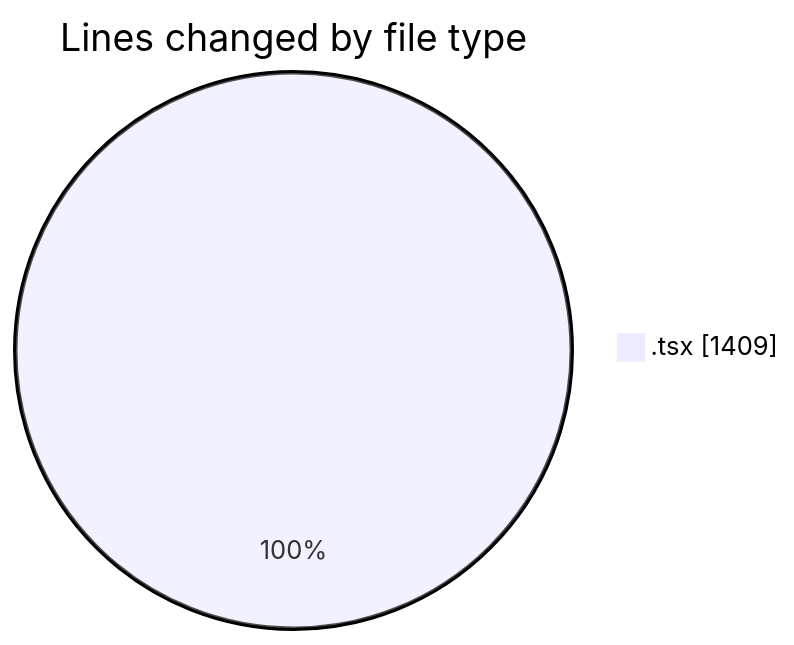
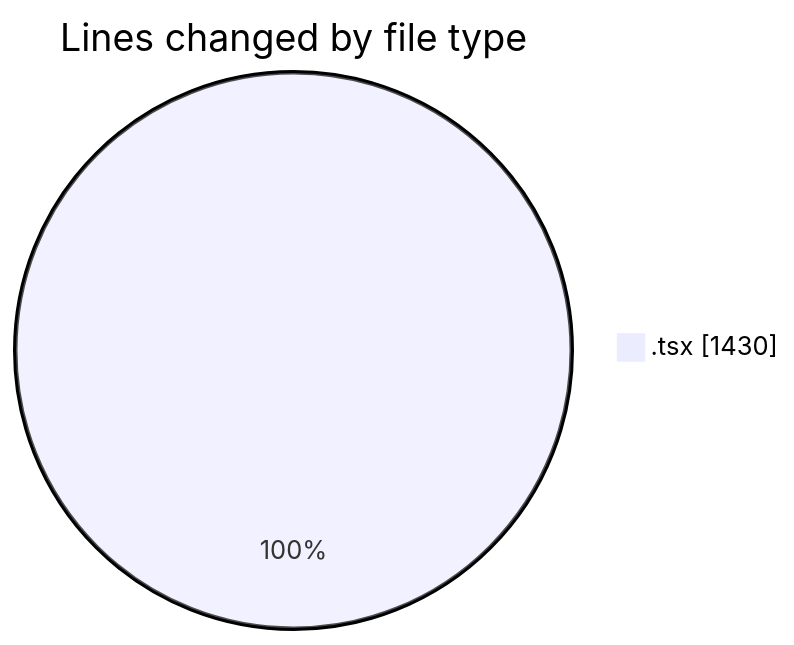
The first of 2 diagrams in 2025-03-20/cda/README.md (momahboobian/code-tracking), drawn with Mermaid before and after one commit. The commit also changed other lines of this file and 1 other file, not shown here.

````diff
--- a/2025-03-20/cda/README.md
+++ b/2025-03-20/cda/README.md
@@ -22,5 +22,5 @@
 ```mermaid
 pie showData
 title Lines changed by file type
-".tsx" : 1409
+".tsx" : 1430
 ```
````
